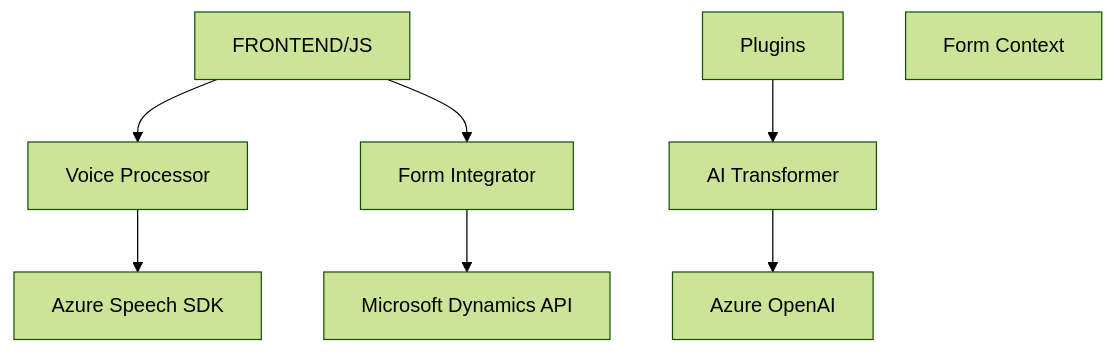
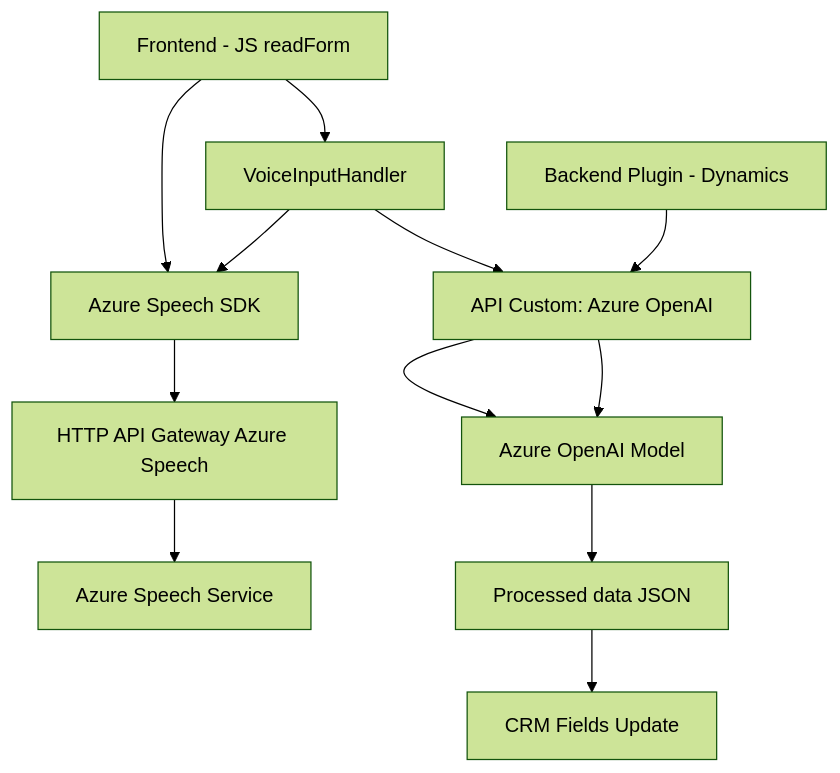
Before and after one commit to blopezdm/NETCORE_BILBAO2025: the diagram in README.md, drawn with Mermaid (forest theme). The commit also changed other lines of this file, not shown here.

````diff
--- a/README.md
+++ b/README.md
@@ -38,19 +47,14 @@
 ```mermaid
 graph TD
-    AzureSpeechSDK["Azure Speech SDK"]
-    AzureOpenAI["Azure OpenAI"]
-    DynamicsAPI["Microsoft Dynamics API"]
-    FrontendJS["FRONTEND/JS"]
-    BackendPlugin["Plugins"]
-    FormContext["Form Context"]
-    VoiceProcessor["Voice Processor"]
-    FormIntegrator["Form Integrator"]
-    AITransformer["AI Transformer"]
-    
-    FrontendJS --> VoiceProcessor
-    FrontendJS --> FormIntegrator
-    VoiceProcessor --> AzureSpeechSDK
-    FormIntegrator --> DynamicsAPI
-    BackendPlugin --> AITransformer
-    AITransformer --> AzureOpenAI
+    A["Frontend - JS readForm"] --> B["VoiceInputHandler"]
+    A --> C["Azure Speech SDK"]
+    B --> C
+    C --> D["HTTP API Gateway Azure Speech"]
+    D --> E["Azure Speech Service"]
+    B --> F["API Custom: Azure OpenAI"]
+    F --> G["Azure OpenAI Model"]
+    H["Backend Plugin - Dynamics"] --> F
+    F --> G
+    G --> I["Processed data JSON"]
+    I --> J["CRM Fields Update"]
 ```
````
